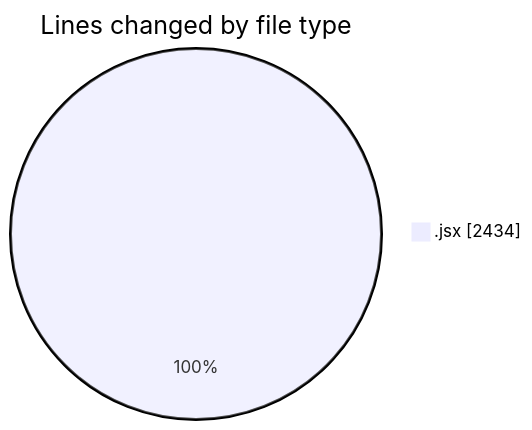
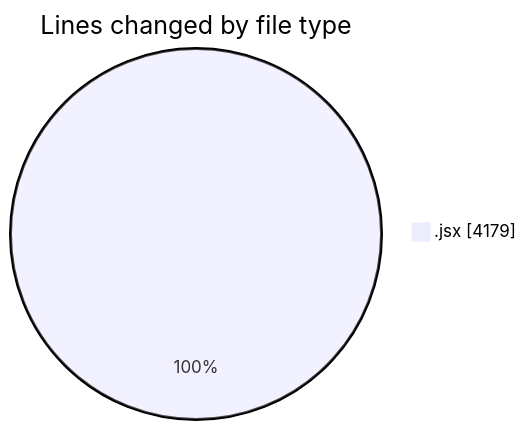
One commit to nxtqubesakshisongat/code-tracking changed the first of 2 diagrams in 2026-01-06/nxtqube_webapp/README.md. Above: the diagram before and after it, drawn with Mermaid. The commit also changed other lines of this file and 1 other file, not shown here.

````diff
--- a/2026-01-06/nxtqube_webapp/README.md
+++ b/2026-01-06/nxtqube_webapp/README.md
@@ -21,5 +21,5 @@
 ```mermaid
 pie showData
 title Lines changed by file type
-".jsx" : 2434
+".jsx" : 4179
 ```
````
